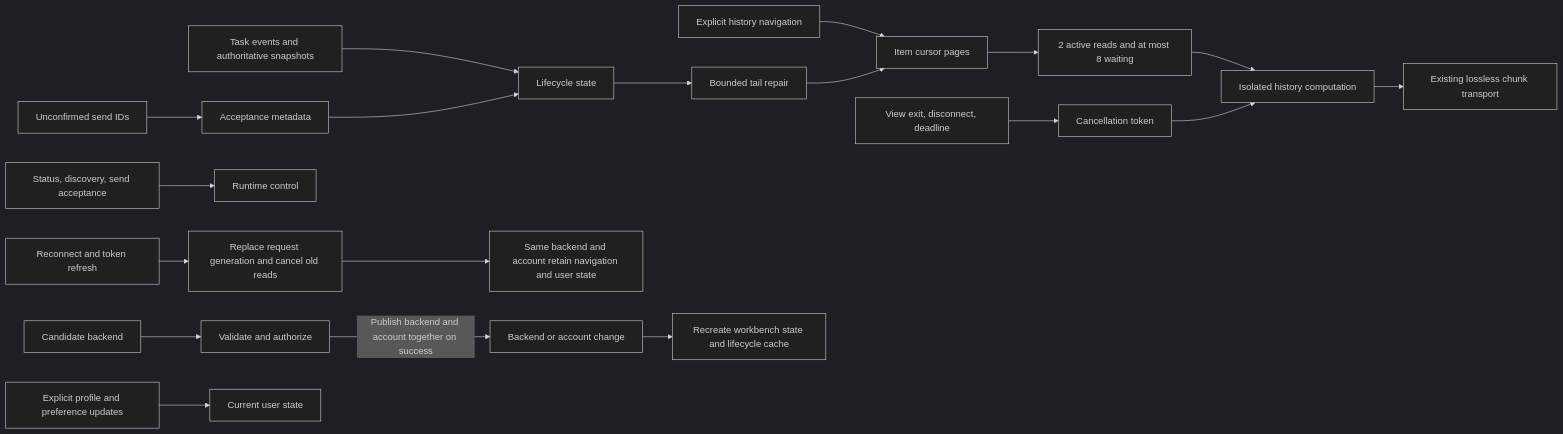
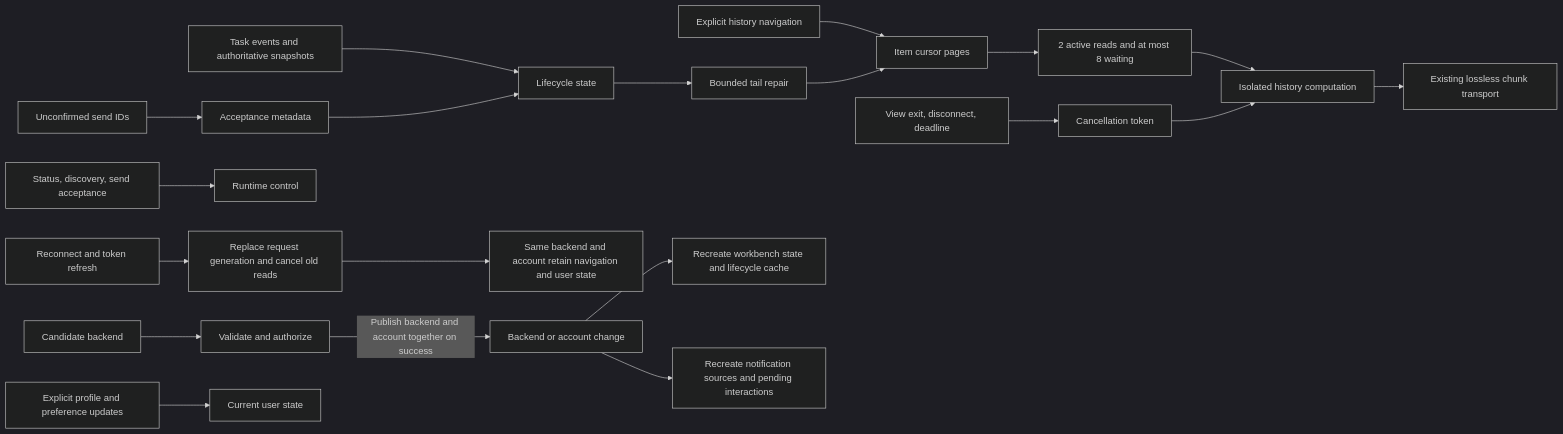
The diagram in docs/en/wegent/developer-guide/wework-runtime-responsiveness.md (wecode-ai/Wegent), drawn with Mermaid (dark theme) before and after one commit. The commit also changed other lines of this file and 3 other files, not shown here.

````diff
--- a/docs/en/wegent/developer-guide/wework-runtime-responsiveness.md
+++ b/docs/en/wegent/developer-guide/wework-runtime-responsiveness.md
@@ -33,21 +33,22 @@
 ```mermaid
 flowchart LR
     Stream[Task events and authoritative snapshots] --> Lifecycle[Lifecycle state]
     Queue[Unconfirmed send IDs] --> Receipts[Acceptance metadata]
     Receipts --> Lifecycle
     Lifecycle --> Repair[Bounded tail repair]
     User[Explicit history navigation] --> Page[Item cursor pages]
     Repair --> Page
     Page --> Admission[2 active reads and at most 8 waiting]
     Admission --> Worker[Isolated history computation]
     Worker --> Transfer[Existing lossless chunk transport]
     Cancel[View exit, disconnect, deadline] --> Token[Cancellation token]
     Token --> Worker
     Control[Status, discovery, send acceptance] --> Runtime[Runtime control]
     Transport[Reconnect and token refresh] --> Generation[Replace request generation and cancel old reads]
     Generation --> Preserve[Same backend and account retain navigation and user state]
     Owner[Backend or account change] --> Reset[Recreate workbench state and lifecycle cache]
+    Owner --> Notifications[Recreate notification sources and pending interactions]
     Candidate[Candidate backend] --> Auth[Validate and authorize]
     Auth -->|Publish backend and account together on success| Owner
     Profile[Explicit profile and preference updates] --> UserState[Current user state]
 ```
````
